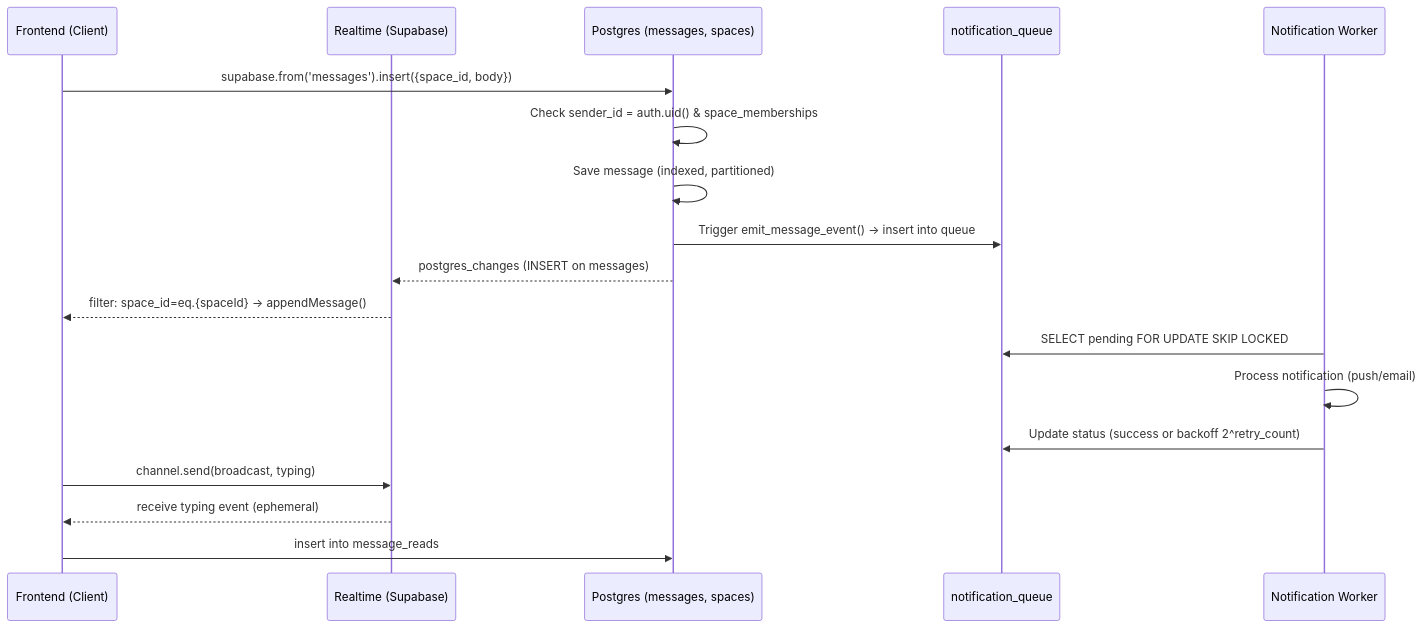
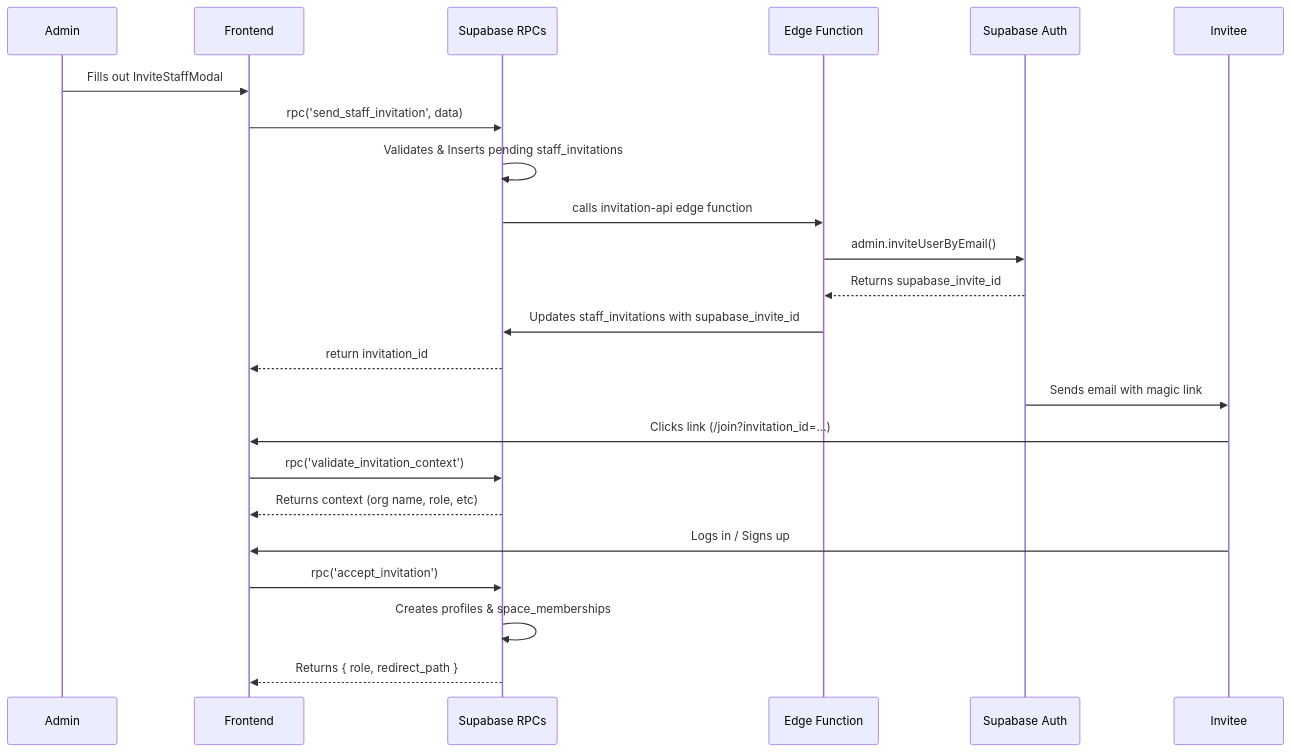
One commit to Kingofinfinity0/Space.Inc changed the second of 2 diagrams in space.inc/Work.md. Above: the diagram before and after it, drawn with Mermaid. The commit also changed other lines of this file and 62 other files, not shown here.

Commit message:
feat: split App.tsx into views, add screens architecture

````diff
--- a/space.inc/Work.md
+++ b/space.inc/Work.md
@@ -150,28 +57,26 @@
 ```mermaid
 sequenceDiagram
-    participant UI as Frontend (Client)
-    participant RT as Realtime (Supabase)
-    participant DB as Postgres (messages, spaces)
-    participant NQ as notification_queue
-    participant WK as Notification Worker
+    participant Admin
+    participant Frontend
+    participant DB as Supabase RPCs
+    participant Edge as Edge Function
+    participant SupabaseAuth as Supabase Auth
+    participant Invitee
 
-    %% Write Path
-    UI->>DB: supabase.from('messages').insert({space_id, body})
-    DB->>DB: Check sender_id = auth.uid() & space_memberships
-    DB->>DB: Save message (indexed, partitioned)
-    DB->>NQ: Trigger emit_message_event() -> insert into queue
-    
-    %% Realtime Fan-out
-    DB-->>RT: postgres_changes (INSERT on messages)
-    RT-->>UI: filter: space_id=eq.{spaceId} -> appendMessage()
-
-    %% Async Notifications
-    WK->>NQ: SELECT pending FOR UPDATE SKIP LOCKED
-    WK->>WK: Process notification (push/email)
-    WK->>NQ: Update status (success or backoff 2^retry_count)
-
-    %% Read Receipts & Typings
-    UI->>RT: channel.send(broadcast, typing)
-    RT-->>UI: receive typing event (ephemeral)
-    UI->>DB: insert into message_reads
+    Admin->>Frontend: Fills out InviteStaffModal
+    Frontend->>DB: rpc('send_staff_invitation', data)
+    DB->>DB: Validates & Inserts pending staff_invitations
+    DB->>Edge: calls invitation-api edge function
+    Edge->>SupabaseAuth: admin.inviteUserByEmail()
+    SupabaseAuth-->>Edge: Returns supabase_invite_id
+    Edge->>DB: Updates staff_invitations with supabase_invite_id
+    DB-->>Frontend: return invitation_id
+    SupabaseAuth->>Invitee: Sends email with magic link
+    Invitee->>Frontend: Clicks link (/join?invitation_id=...)
+    Frontend->>DB: rpc('validate_invitation_context')
+    DB-->>Frontend: Returns context (org name, role, etc)
+    Invitee->>Frontend: Logs in / Signs up
+    Frontend->>DB: rpc('accept_invitation')
+    DB->>DB: Creates profiles & space_memberships
+    DB-->>Frontend: Returns { role, redirect_path }
 ```
````
